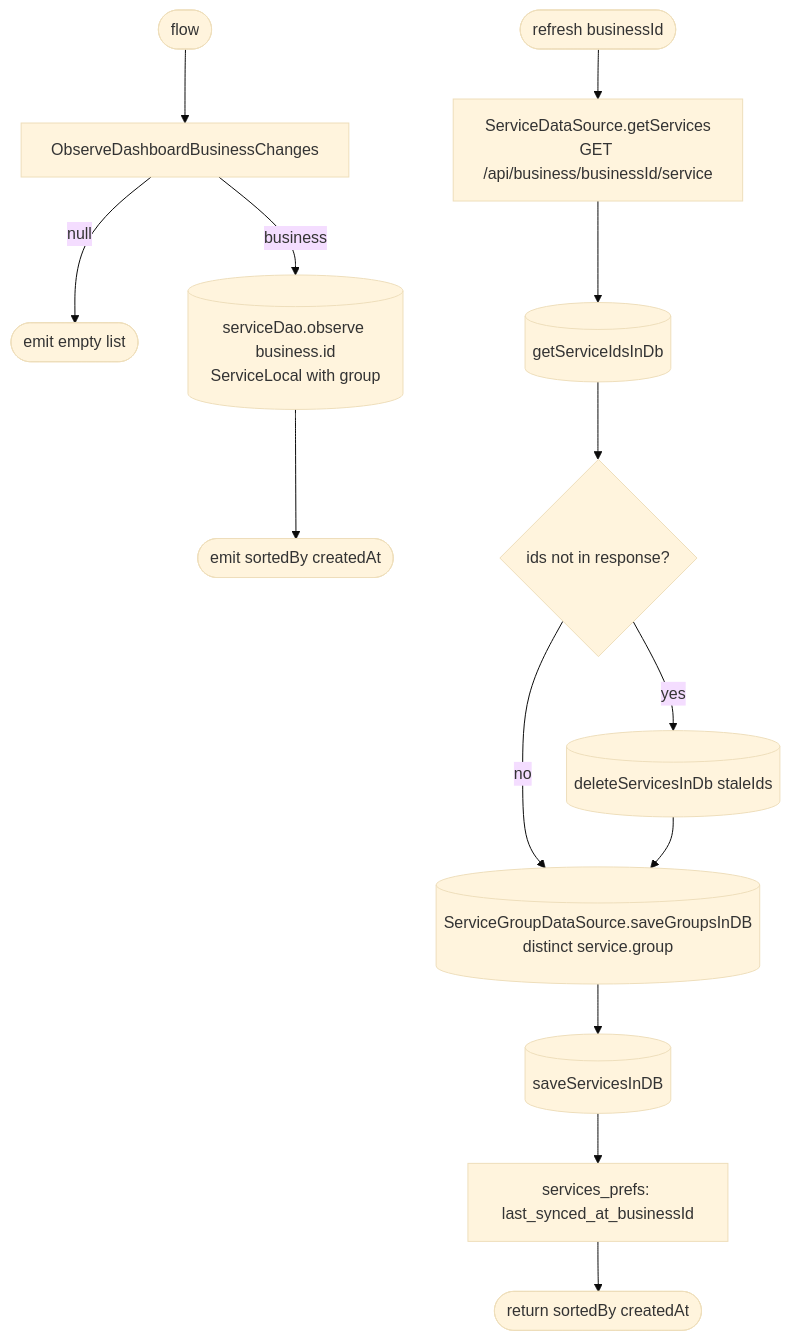
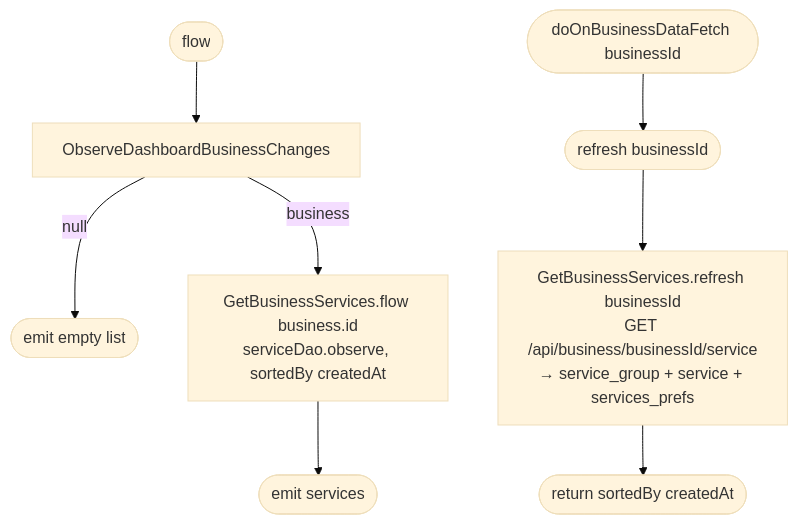
The diagram in docs/operations/services/get-services.md (nocturneproperties/bookkme-client), drawn with Mermaid (base theme) before and after one commit. The commit also changed other lines of this file and 39 other files, not shown here.

````diff
--- a/docs/operations/services/get-services.md
+++ b/docs/operations/services/get-services.md
@@ -13,17 +15,12 @@
 ```mermaid
 flowchart TD
     F([flow]) --> Biz[ObserveDashboardBusinessChanges]
     Biz -- null --> Empty([emit empty list])
-    Biz -- business --> Obs[(serviceDao.observe business.id<br/>ServiceLocal with group)]
-    Obs --> FR([emit sortedBy createdAt])
+    Biz -- business --> Obs[GetBusinessServices.flow business.id<br/>serviceDao.observe, sortedBy createdAt]
+    Obs --> FR([emit services])
 
-    R([refresh businessId]) --> Net[ServiceDataSource.getServices<br/>GET /api/business/businessId/service]
-    Net --> Ids[(getServiceIdsInDb)]
-    Ids --> Stale{ids not in response?}
-    Stale -- yes --> Del[(deleteServicesInDb staleIds)]
-    Stale -- no --> Groups
-    Del --> Groups[(ServiceGroupDataSource.saveGroupsInDB<br/>distinct service.group)]
-    Groups --> Save[(saveServicesInDB)]
-    Save --> Mark[services_prefs: last_synced_at_businessId]
-    Mark --> RR([return sortedBy createdAt])
+    R([refresh businessId]) --> Delegate[GetBusinessServices.refresh businessId<br/>GET /api/business/businessId/service<br/>→ service_group + service + services_prefs]
+    Delegate --> RR([return sortedBy createdAt])
+
+    A([doOnBusinessDataFetch businessId]) --> R
 ```
````
